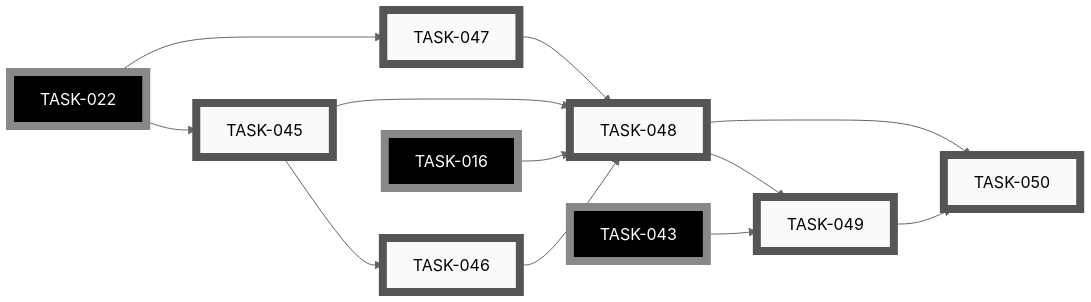
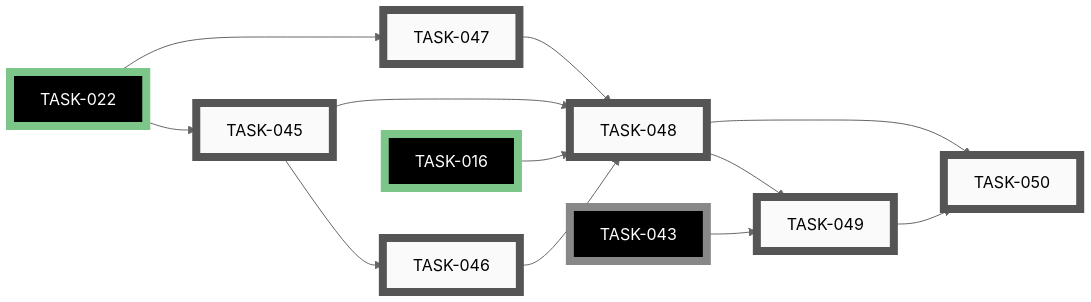
The seventh of 9 diagrams in docs/developers/tasks/EPICS.md (tgd1975/PartsLedger), drawn with Mermaid (neutral theme) before and after one commit. The commit also changed other lines of this file and 25 other files, not shown here.

````diff
--- a/docs/developers/tasks/EPICS.md
+++ b/docs/developers/tasks/EPICS.md
@@ -359,40 +359,40 @@
 ```mermaid
 graph LR
     TASK_045["TASK-045"]:::open
     TASK_046["TASK-046"]:::open
     TASK_047["TASK-047"]:::open
     TASK_048["TASK-048"]:::open
     TASK_049["TASK-049"]:::open
     TASK_050["TASK-050"]:::open
-    TASK_016["TASK-016"]:::openExt
-    TASK_022["TASK-022"]:::openExt
+    TASK_016["TASK-016"]:::closedExt
+    TASK_022["TASK-022"]:::closedExt
     TASK_043["TASK-043"]:::openExt
     TASK_022 --> TASK_045
     TASK_045 --> TASK_046
     TASK_022 --> TASK_047
     TASK_016 --> TASK_048
     TASK_045 --> TASK_048
     TASK_046 --> TASK_048
     TASK_047 --> TASK_048
     TASK_043 --> TASK_049
     TASK_048 --> TASK_049
     TASK_048 --> TASK_050
     TASK_049 --> TASK_050
     click TASK_045 "open/task-045-nexar-graphql-adapter.md"
     click TASK_046 "open/task-046-nexar-response-cache.md"
     click TASK_047 "open/task-047-family-datasheet-fallback.md"
     click TASK_048 "open/task-048-enrichment-orchestrator.md"
     click TASK_049 "open/task-049-camera-async-dispatch.md"
     click TASK_050 "open/task-050-skill-sync-chain.md"
-    click TASK_016 "open/task-016-inventory-writer-module.md"
-    click TASK_022 "open/task-022-adopt-src-layout.md"
+    click TASK_016 "closed/task-016-inventory-writer-module.md"
+    click TASK_022 "closed/task-022-adopt-src-layout.md"
     click TASK_043 "open/task-043-recognition-pipeline-glue.md"
     classDef open    fill:#FAFAFA,stroke:#555,stroke-width:8px,color:#000
     classDef active  fill:#FAFAFA,stroke:#1A6FA8,stroke-width:8px,color:#000
     classDef closed  fill:#FAFAFA,stroke:#3F8B53,stroke-width:8px,color:#000
     classDef paused  fill:#FAFAFA,stroke:#B07810,stroke-width:8px,color:#000
     classDef openExt    fill:#000,stroke:#888,stroke-width:8px,color:#FFF
     classDef activeExt  fill:#000,stroke:#3FA9F5,stroke-width:8px,color:#FFF
     classDef closedExt  fill:#000,stroke:#7CC68A,stroke-width:8px,color:#FFF
     classDef pausedExt  fill:#000,stroke:#F0B030,stroke-width:8px,color:#FFF
 ```
````
